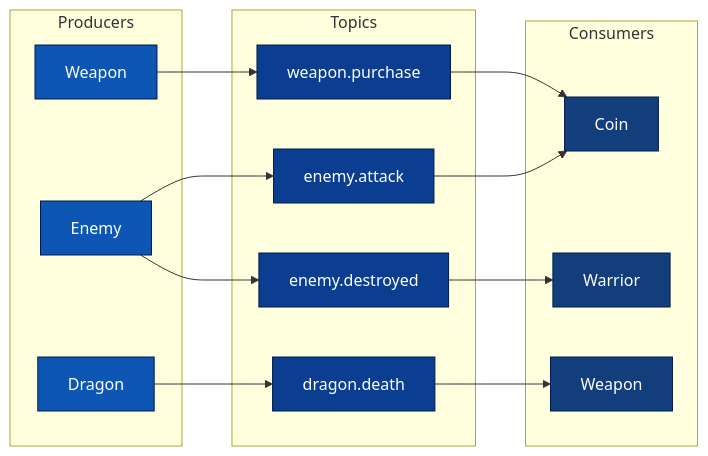
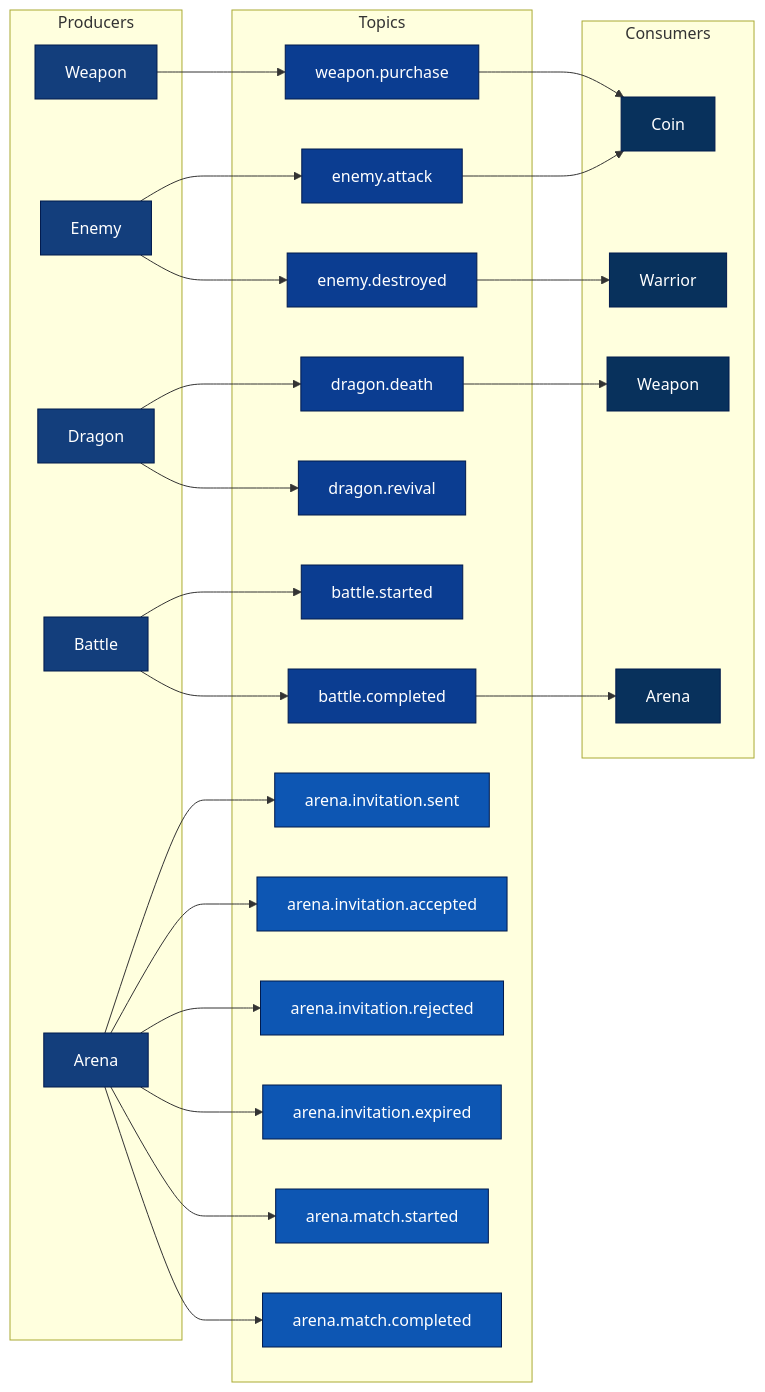
One commit to tiraten-bot/network-sec-micro changed the eighth of 20 diagrams in README.md. Above: the diagram before and after it, drawn with Mermaid.

Commit message:
Enhance README.md with new battle and arena event flow, adding additional producers and consumers to the diagram for improved clarity on service interactions.

````diff
--- a/README.md
+++ b/README.md
@@ -430,42 +430,76 @@
 ```mermaid
 graph LR
     subgraph Topics
         T1[weapon.purchase]
         T2[enemy.attack]
         T3[dragon.death]
         T4[enemy.destroyed]
+        T5[dragon.revival]
+        T6[battle.started]
+        T7[battle.completed]
+        T8[arena.invitation.sent]
+        T9[arena.invitation.accepted]
+        T10[arena.invitation.rejected]
+        T11[arena.invitation.expired]
+        T12[arena.match.started]
+        T13[arena.match.completed]
     end
 
     subgraph Producers
         P1[Weapon]
         P2[Enemy]
         P3[Dragon]
+        P4[Battle]
+        P5[Arena]
     end
 
     subgraph Consumers
         C1[Coin]
         C2[Weapon]
         C3[Warrior]
+        C4[Arena]
     end
 
     P1 --> T1
     P2 --> T2
     P3 --> T3
     P2 --> T4
+    P3 --> T5
+    P4 --> T6
+    P4 --> T7
+    P5 --> T8
+    P5 --> T9
+    P5 --> T10
+    P5 --> T11
+    P5 --> T12
+    P5 --> T13
 
     T1 --> C1
     T2 --> C1
     T3 --> C2
     T4 --> C3
+    T7 --> C4
 
     style T1 fill:#0b3d91,stroke:#001a4d,color:#ffffff
     style T2 fill:#0b3d91,stroke:#001a4d,color:#ffffff
     style T3 fill:#0b3d91,stroke:#001a4d,color:#ffffff
     style T4 fill:#0b3d91,stroke:#001a4d,color:#ffffff
-    style P1 fill:#0d56b3,stroke:#001a4d,color:#ffffff
-    style P2 fill:#0d56b3,stroke:#001a4d,color:#ffffff
-    style P3 fill:#0d56b3,stroke:#001a4d,color:#ffffff
-    style C1 fill:#133e7c,stroke:#001a4d,color:#ffffff
-    style C2 fill:#133e7c,stroke:#001a4d,color:#ffffff
-    style C3 fill:#133e7c,stroke:#001a4d,color:#ffffff
+    style T5 fill:#0b3d91,stroke:#001a4d,color:#ffffff
+    style T6 fill:#0b3d91,stroke:#001a4d,color:#ffffff
+    style T7 fill:#0b3d91,stroke:#001a4d,color:#ffffff
+    style T8 fill:#0d56b3,stroke:#001a4d,color:#ffffff
+    style T9 fill:#0d56b3,stroke:#001a4d,color:#ffffff
+    style T10 fill:#0d56b3,stroke:#001a4d,color:#ffffff
+    style T11 fill:#0d56b3,stroke:#001a4d,color:#ffffff
+    style T12 fill:#0d56b3,stroke:#001a4d,color:#ffffff
+    style T13 fill:#0d56b3,stroke:#001a4d,color:#ffffff
+    style P1 fill:#133e7c,stroke:#001a4d,color:#ffffff
+    style P2 fill:#133e7c,stroke:#001a4d,color:#ffffff
+    style P3 fill:#133e7c,stroke:#001a4d,color:#ffffff
+    style P4 fill:#133e7c,stroke:#001a4d,color:#ffffff
+    style P5 fill:#133e7c,stroke:#001a4d,color:#ffffff
+    style C1 fill:#08315c,stroke:#001a4d,color:#ffffff
+    style C2 fill:#08315c,stroke:#001a4d,color:#ffffff
+    style C3 fill:#08315c,stroke:#001a4d,color:#ffffff
+    style C4 fill:#08315c,stroke:#001a4d,color:#ffffff
 ```
````
